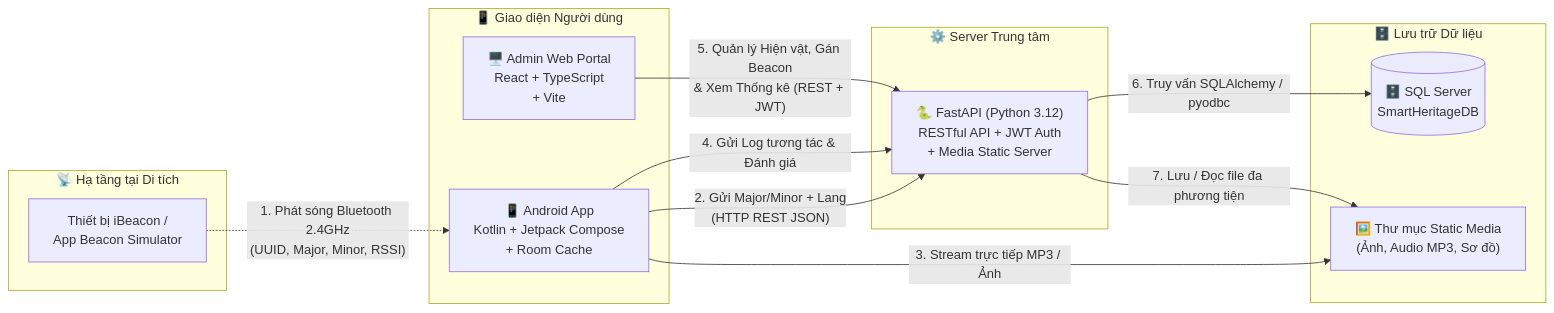
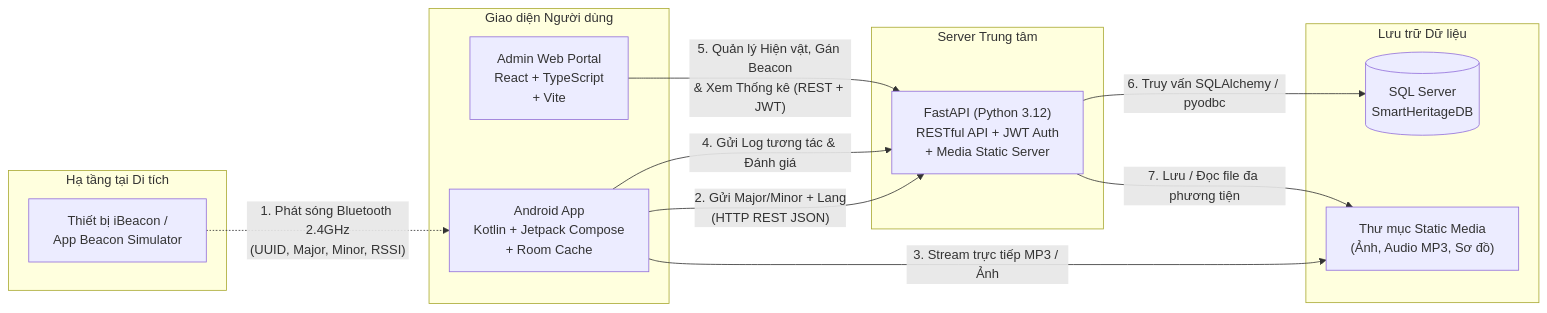
One commit to KhiemPham1512/SmartHeritage changed the second of 3 diagrams in README.md. Above: the diagram before and after it, drawn with Mermaid. The commit also changed other lines of this file and 1 other file, not shown here.

Commit message:
feat(admin-web): init React TS layout, complete W1-W2 with Figma assets, add W3-W8 stubs and update docs

````diff
--- a/README.md
+++ b/README.md
@@ -66,29 +61,29 @@
 ```mermaid
 flowchart LR
-    subgraph Hardware["📡 Hạ tầng tại Di tích"]
+    subgraph Hardware["Hạ tầng tại Di tích"]
         BLE["Thiết bị iBeacon /<br/>App Beacon Simulator"]
     end
 
-    subgraph Clients["📱 Giao diện Người dùng"]
-        APP["📱 Android App<br/>Kotlin + Jetpack Compose<br/>+ Room Cache"]
-        WEB["🖥️ Admin Web Portal<br/>React + TypeScript<br/>+ Vite"]
+    subgraph Clients["Giao diện Người dùng"]
+        APP["Android App<br/>Kotlin + Jetpack Compose<br/>+ Room Cache"]
+        WEB["Admin Web Portal<br/>React + TypeScript<br/>+ Vite"]
     end
 
-    subgraph Backend["⚙️ Server Trung tâm"]
-        API["🐍 FastAPI (Python 3.12)<br/>RESTful API + JWT Auth<br/>+ Media Static Server"]
+    subgraph Backend["Server Trung tâm"]
+        API["FastAPI (Python 3.12)<br/>RESTful API + JWT Auth<br/>+ Media Static Server"]
     end
 
-    subgraph DataLayer["🗄️ Lưu trữ Dữ liệu"]
-        DB[("🗄️ SQL Server<br/>SmartHeritageDB")]
-        FILES["🖼️ Thư mục Static Media<br/>(Ảnh, Audio MP3, Sơ đồ)"]
+    subgraph DataLayer["Lưu trữ Dữ liệu"]
+        DB[("SQL Server<br/>SmartHeritageDB")]
+        FILES["Thư mục Static Media<br/>(Ảnh, Audio MP3, Sơ đồ)"]
     end
 
     BLE -. "1. Phát sóng Bluetooth 2.4GHz<br/>(UUID, Major, Minor, RSSI)" .-> APP
     APP -- "2. Gửi Major/Minor + Lang<br/>(HTTP REST JSON)" --> API
     APP -- "3. Stream trực tiếp MP3 / Ảnh" --> FILES
     APP -- "4. Gửi Log tương tác & Đánh giá" --> API
 
     WEB -- "5. Quản lý Hiện vật, Gán Beacon<br/>& Xem Thống kê (REST + JWT)" --> API
     API -- "6. Truy vấn SQLAlchemy / pyodbc" --> DB
     API -- "7. Lưu / Đọc file đa phương tiện" --> FILES
 ```
````
